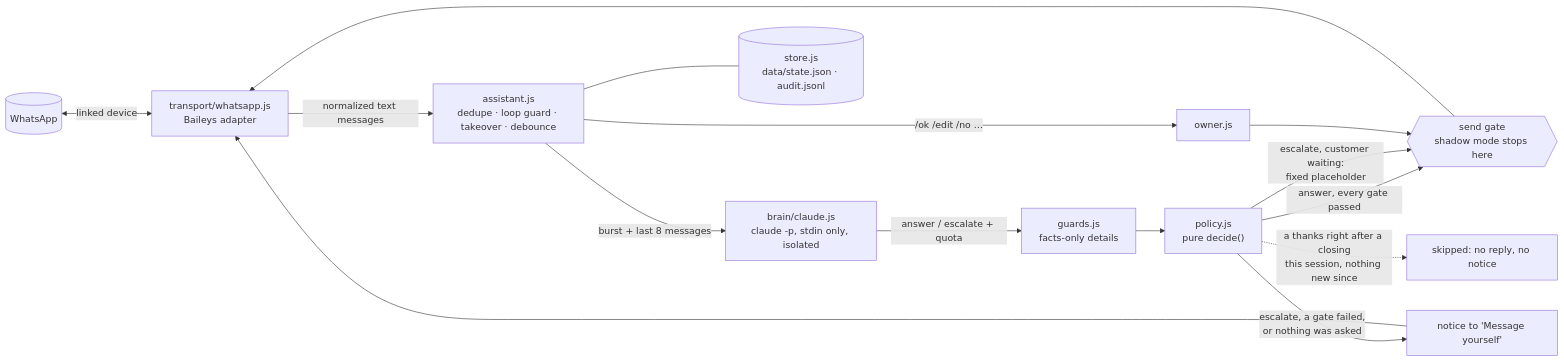
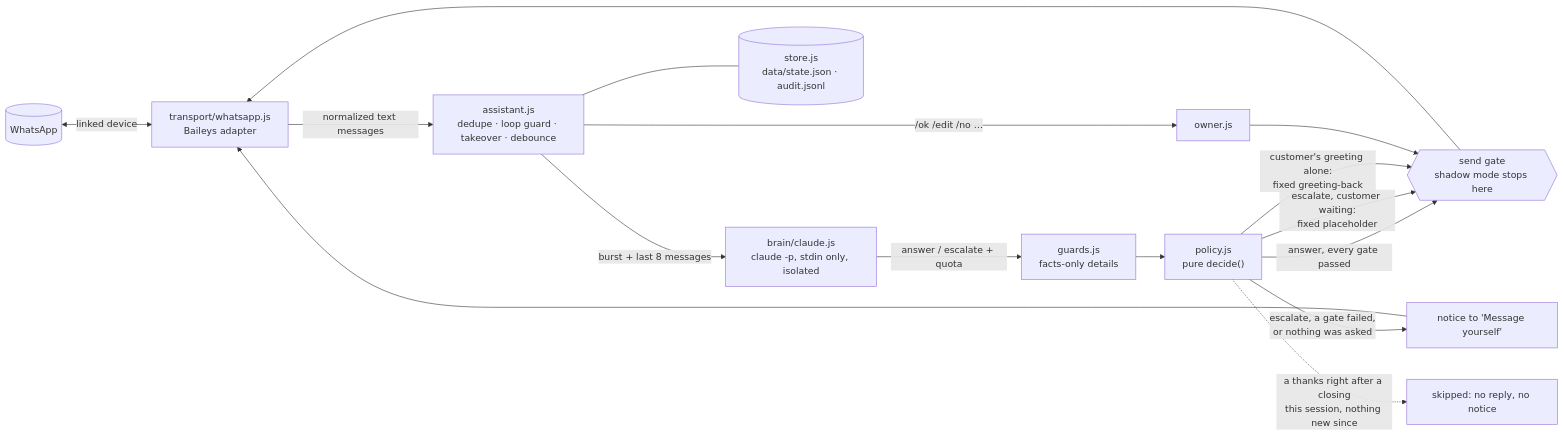
The diagram in README.md (dolphinigle/wa-claude-assistant), drawn with Mermaid before and after one commit. The commit also changed other lines of this file and 14 other files, not shown here.

First line of the commit message:
feat(policy): answer a waiting customer's greeting alone with a fixed greeting-back

````diff
--- a/README.md
+++ b/README.md
@@ -42,17 +42,18 @@
 ```mermaid
 flowchart LR
   WA[("WhatsApp")] <-->|linked device| T["transport/whatsapp.js<br/>Baileys adapter"]
   T -->|normalized text messages| A["assistant.js<br/>dedupe · loop guard · takeover · debounce"]
   A -->|"burst + last 8 messages"| B["brain/claude.js<br/>claude -p, stdin only, isolated"]
   B -->|"answer / escalate + quota"| G["guards.js<br/>facts-only details"]
   G --> P["policy.js<br/>pure decide()"]
   P -->|"answer, every gate passed"| S{{"send gate<br/>shadow mode stops here"}}
   P -->|"escalate, a gate failed,<br/>or nothing was asked"| N["notice to 'Message yourself'"]
   P -->|"escalate, customer waiting:<br/>fixed placeholder"| S
+  P -->|"customer's greeting alone:<br/>fixed greeting-back"| S
   P -.->|"a thanks right after a closing<br/>this session, nothing new since"| K["skipped: no reply, no notice"]
   A -->|"/ok /edit /no …"| O["owner.js"]
   O --> S
   S --> T
   N --> T
   A --- ST[("store.js<br/>data/state.json · audit.jsonl")]
 ```
````
